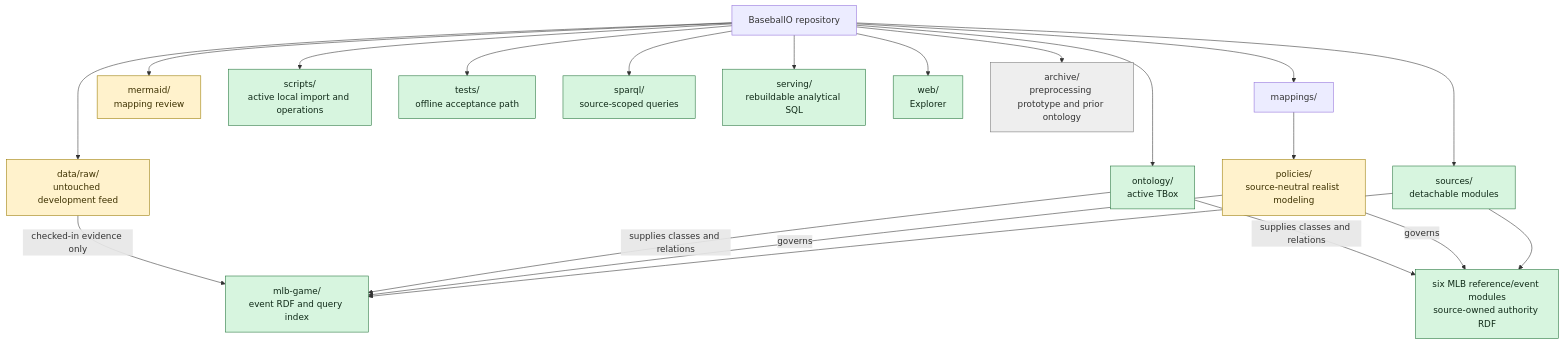
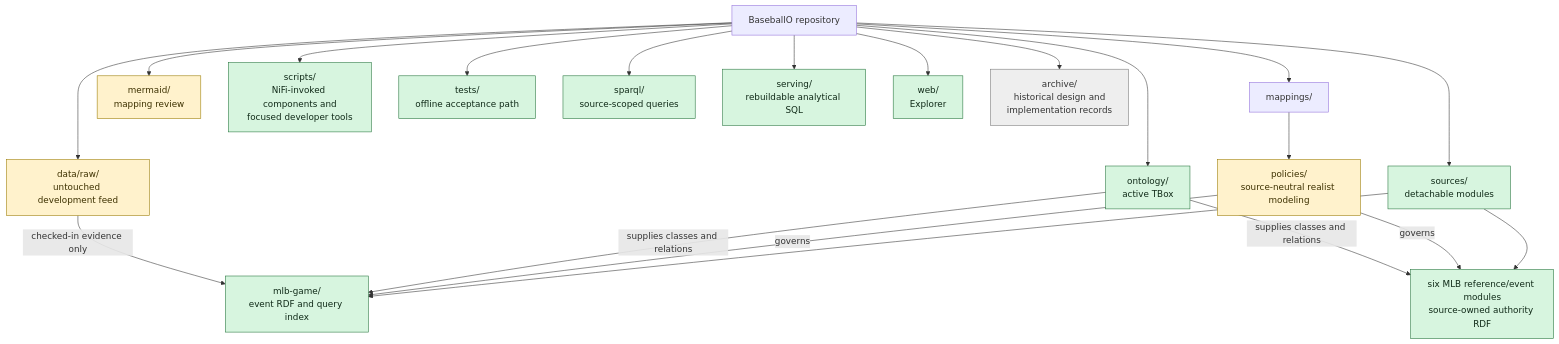
One commit to CarterBeauBenson/BaseballO changed the second of 2 diagrams in Baseball/mermaid/01-pipeline-and-repository.md. Above: the diagram before and after it, drawn with Mermaid. The commit also changed 45 other files, not shown here.

````diff
--- a/Baseball/mermaid/01-pipeline-and-repository.md
+++ b/Baseball/mermaid/01-pipeline-and-repository.md
@@ -31,31 +31,31 @@
 ```mermaid
 flowchart TB
     ROOT["BaseballO repository"]
     ROOT --> ONT["ontology/<br/>active TBox"]
     ROOT --> SOURCES["sources/<br/>detachable modules"]
     SOURCES --> MLB["mlb-game/<br/>event RDF and query index"]
     SOURCES --> REF["six MLB reference/event modules<br/>source-owned authority RDF"]
     ROOT --> MAP["mappings/"]
     MAP --> POLICY["policies/<br/>source-neutral realist modeling"]
     ROOT --> MERMAID["mermaid/<br/>mapping review"]
     ROOT --> DATA["data/raw/<br/>untouched development feed"]
-    ROOT --> SCRIPTS["scripts/<br/>active local import and operations"]
+    ROOT --> SCRIPTS["scripts/<br/>NiFi-invoked components and<br/>focused developer tools"]
     ROOT --> TESTS["tests/<br/>offline acceptance path"]
     ROOT --> SPARQL["sparql/<br/>source-scoped queries"]
     ROOT --> SERVING["serving/<br/>rebuildable analytical SQL"]
     ROOT --> WEB["web/<br/>Explorer"]
-    ROOT --> ARCHIVE["archive/<br/>preprocessing prototype and prior ontology"]
+    ROOT --> ARCHIVE["archive/<br/>historical design and<br/>implementation records"]
 
     POLICY -->|"governs"| MLB
     POLICY -->|"governs"| REF
     ONT -->|"supplies classes and relations"| MLB
     ONT -->|"supplies classes and relations"| REF
     DATA -->|"checked-in evidence only"| MLB
 
     classDef active fill:#d7f5df,stroke:#24733b,color:#102a18;
     classDef reference fill:#fff2cc,stroke:#997a00,color:#3d3100;
     classDef archive fill:#eeeeee,stroke:#777,color:#333;
     class ONT,SOURCES,MLB,REF,SCRIPTS,TESTS,SPARQL,SERVING,WEB active;
     class POLICY,MERMAID,DATA reference;
     class ARCHIVE archive;
 ```
````
